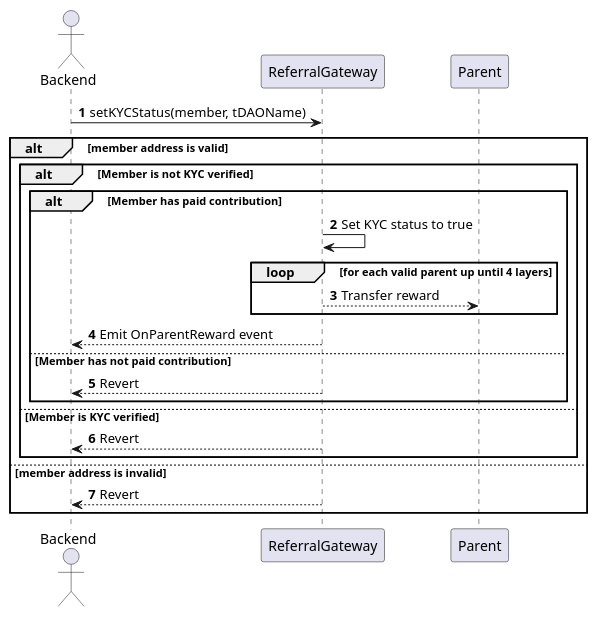
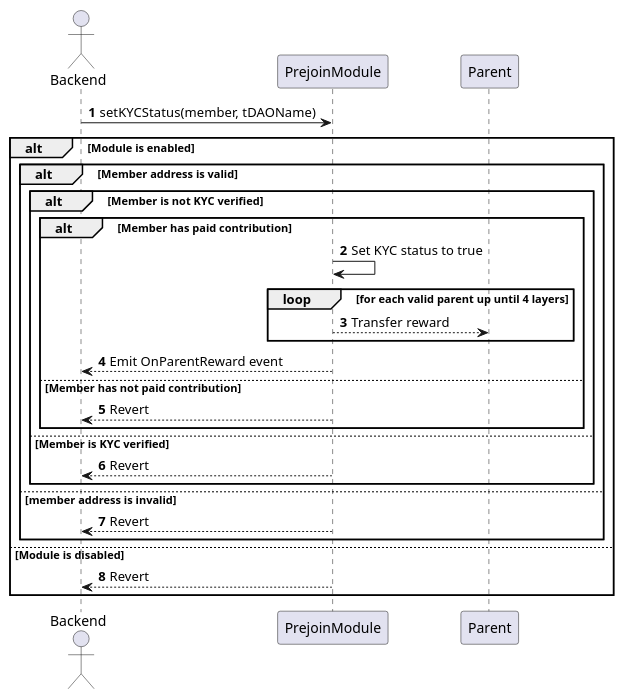
Before and after one commit to TakafulDAO/takasure.sc: the diagram in docs/sequence_diagrams/PrejoinModule/03-set-kyc.puml, drawn with PlantUML.

Commit message:
chore: fix KYC diagram

```diff
--- a/docs/sequence_diagrams/PrejoinModule/03-set-kyc.puml
+++ b/docs/sequence_diagrams/PrejoinModule/03-set-kyc.puml
@@ -1,34 +1,37 @@
 @startuml Set KYC
 autonumber
 
 actor Backend
 
-Backend -> ReferralGateway: setKYCStatus(member, tDAOName)
+Backend -> PrejoinModule: setKYCStatus(member, tDAOName)
 
-alt member address is valid
+alt Module is enabled
+    alt Member address is valid
+        alt Member is not KYC verified
+            alt Member has paid contribution
 
-    alt Member is not KYC verified
+                PrejoinModule -> PrejoinModule: Set KYC status to true
+        
+                loop for each valid parent up until 4 layers
+                    PrejoinModule --> Parent: Transfer reward
+                end
 
-        alt Member has paid contribution
+                PrejoinModule --> Backend: Emit OnParentReward event 
 
-            ReferralGateway -> ReferralGateway: Set KYC status to true
-        
-        loop for each valid parent up until 4 layers
-            ReferralGateway --> Parent: Transfer reward
-        end
+            else Member has not paid contribution
+                PrejoinModule --> Backend: Revert
+            end
 
-        ReferralGateway --> Backend: Emit OnParentReward event 
+        else Member is KYC verified
+            PrejoinModule --> Backend: Revert            
+        end    
+    
+    else member address is invalid
+      PrejoinModule --> Backend: Revert    
+    end
 
-        else Member has not paid contribution
-            ReferralGateway --> Backend: Revert
-        end
-
-    else Member is KYC verified
-        ReferralGateway --> Backend: Revert            
-    end    
-    
-else member address is invalid
-    ReferralGateway --> Backend: Revert    
+else Module is disabled
+    PrejoinModule --> Backend: Revert
 end
 
 @enduml    
```
